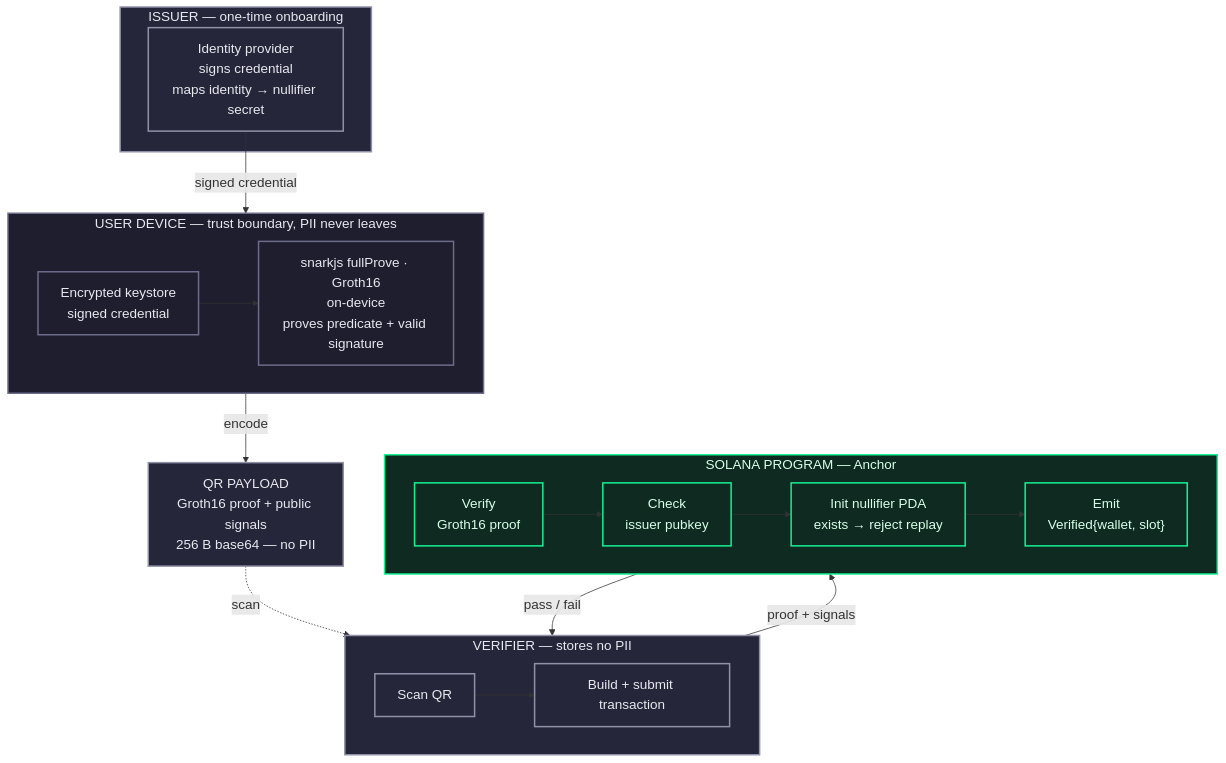
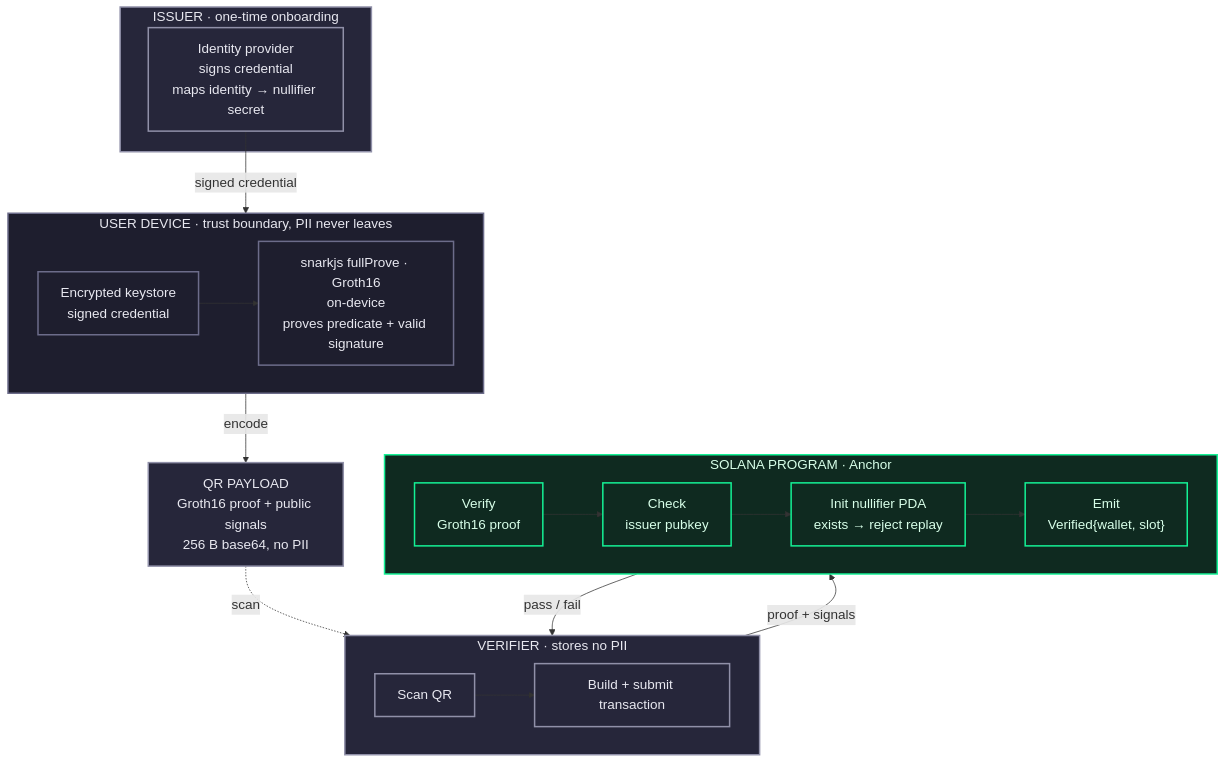
The diagram in profile/README.md (KageHQ/.github), drawn with Mermaid before and after one commit. The commit also changed other lines of this file, not shown here.

````diff
--- a/profile/README.md
+++ b/profile/README.md
@@ -34,45 +34,45 @@
 ```mermaid
 %%{init: {"flowchart": {"htmlLabels": true, "nodeSpacing": 55, "rankSpacing": 55}, "themeVariables": {"fontSize": "18px"}}}%%
 flowchart TB
-    subgraph issuer["ISSUER — one-time onboarding"]
+    subgraph issuer["ISSUER · one-time onboarding"]
         ISS["Identity provider<br/>signs credential<br/>maps identity → nullifier secret"]
     end
 
-    subgraph device["USER DEVICE — trust boundary, PII never leaves"]
+    subgraph device["USER DEVICE · trust boundary, PII never leaves"]
         direction LR
         KS["Encrypted keystore<br/>signed credential"]
         PR["snarkjs fullProve · Groth16<br/>on-device<br/>proves predicate + valid signature"]
         KS --> PR
     end
 
-    QR["QR PAYLOAD<br/>Groth16 proof + public signals<br/>256 B base64 — no PII"]
+    QR["QR PAYLOAD<br/>Groth16 proof + public signals<br/>256 B base64, no PII"]
 
-    subgraph verifier["VERIFIER — stores no PII"]
+    subgraph verifier["VERIFIER · stores no PII"]
         direction LR
         SCAN["Scan QR"]
         TX["Build + submit transaction"]
         SCAN --> TX
     end
 
-    subgraph chain["SOLANA PROGRAM — Anchor"]
+    subgraph chain["SOLANA PROGRAM · Anchor"]
         direction LR
         V["Verify<br/>Groth16 proof"]
         IK["Check<br/>issuer pubkey"]
         NUL["Init nullifier PDA<br/>exists → reject replay"]
         EV["Emit<br/>Verified{wallet, slot}"]
         V --> IK --> NUL --> EV
     end
 
     ISS -->|signed credential| KS
     PR -->|encode| QR
     QR -.->|scan| SCAN
     TX -->|proof + signals| V
     EV -->|pass / fail| TX
 
     classDef trust fill:#1e1e2e,stroke:#6c6c8a,color:#e8e8f0,stroke-width:2px;
     classDef onchain fill:#0f2a20,stroke:#14F195,color:#d8ffe9,stroke-width:2px;
     classDef neutral fill:#26263a,stroke:#9090a8,color:#e8e8f0,stroke-width:2px;
     class device,KS,PR trust;
     class chain,V,IK,NUL,EV onchain;
     class issuer,ISS,verifier,SCAN,TX,QR neutral;
 ```
````
